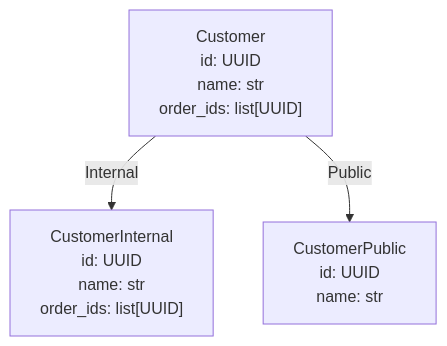
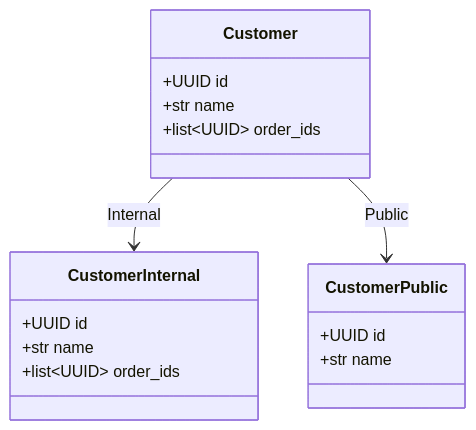
Before and after one commit to release-art/pydantic-prism: the second of 5 diagrams in examples/graph/README.md, drawn with Mermaid. The commit also changed other lines of this file and 7 other files, not shown here.

````diff
--- a/examples/graph/README.md
+++ b/examples/graph/README.md
@@ -17,9 +17,20 @@
 ```mermaid
-graph TD
-    Customer["Customer<br/>id: UUID<br/>name: str<br/>order_ids: list[UUID]"]
-    CustomerInternal["CustomerInternal<br/>id: UUID<br/>name: str<br/>order_ids: list[UUID]"]
-    CustomerPublic["CustomerPublic<br/>id: UUID<br/>name: str"]
-    Customer -->|"Internal"| CustomerInternal
-    Customer -->|"Public"| CustomerPublic
-    classDef partial stroke-dasharray: 5 5;
+classDiagram
+    direction TB
+    class Customer {
+        +UUID id
+        +str name
+        +list~UUID~ order_ids
+    }
+    class CustomerInternal {
+        +UUID id
+        +str name
+        +list~UUID~ order_ids
+    }
+    class CustomerPublic {
+        +UUID id
+        +str name
+    }
+    Customer --> CustomerInternal : Internal
+    Customer --> CustomerPublic : Public
 ```
````
